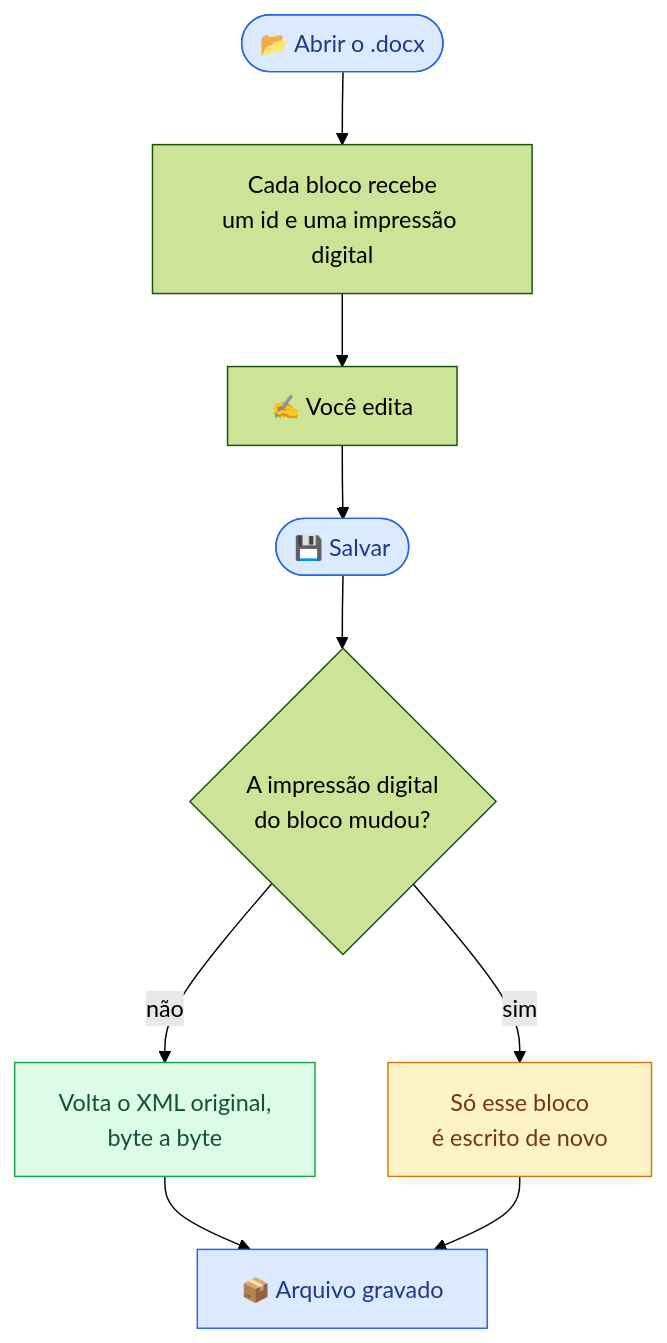
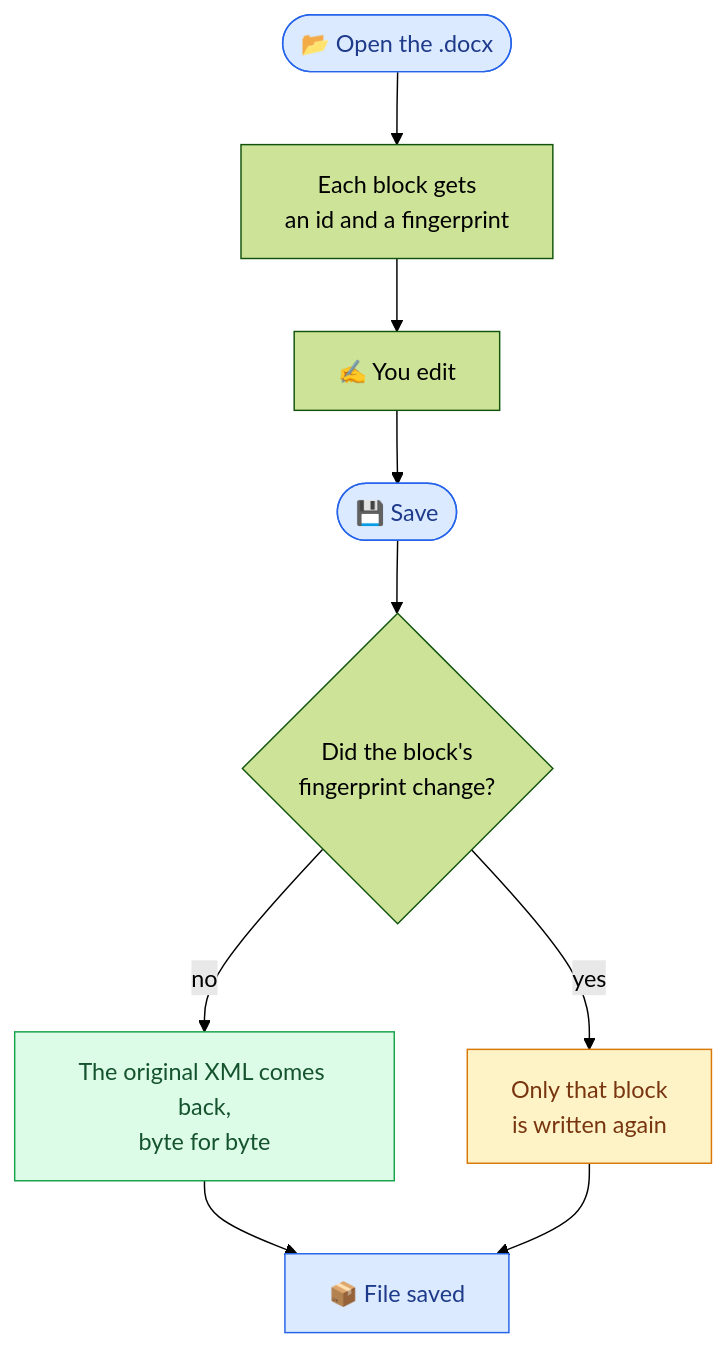
One commit to VStorch/LibreviaWorkspace changed the first of 5 diagrams in README.md. Above: the diagram before and after it, drawn with Mermaid (forest theme). The commit also changed other lines of this file and 3 other files, not shown here.

````diff
--- a/README.md
+++ b/README.md
@@ -169,18 +171,18 @@
 ```mermaid
 flowchart TD
-    A(["📂 Abrir o .docx"]) --> B["Cada bloco recebe<br/>um id e uma impressão digital"]
-    B --> C["✍️ Você edita"]
-    C --> D(["💾 Salvar"])
-    D --> E{"A impressão digital<br/>do bloco mudou?"}
-    E -- "não" --> F["Volta o XML original,<br/>byte a byte"]
-    E -- "sim" --> G["Só esse bloco<br/>é escrito de novo"]
-    F --> H["📦 Arquivo gravado"]
+    A(["📂 Open the .docx"]) --> B["Each block gets<br/>an id and a fingerprint"]
+    B --> C["✍️ You edit"]
+    C --> D(["💾 Save"])
+    D --> E{"Did the block's<br/>fingerprint change?"}
+    E -- "no" --> F["The original XML comes back,<br/>byte for byte"]
+    E -- "yes" --> G["Only that block<br/>is written again"]
+    F --> H["📦 File saved"]
     G --> H
 
     classDef io fill:#dbeafe,stroke:#2563eb,color:#1e3a8a
     classDef keep fill:#dcfce7,stroke:#16a34a,color:#14532d
     classDef write fill:#fef3c7,stroke:#d97706,color:#78350f
     class A,D,H io
     class F keep
     class G write
 ```
````
